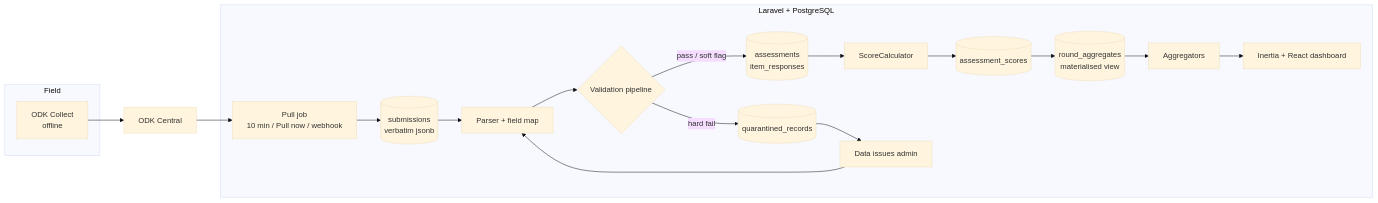
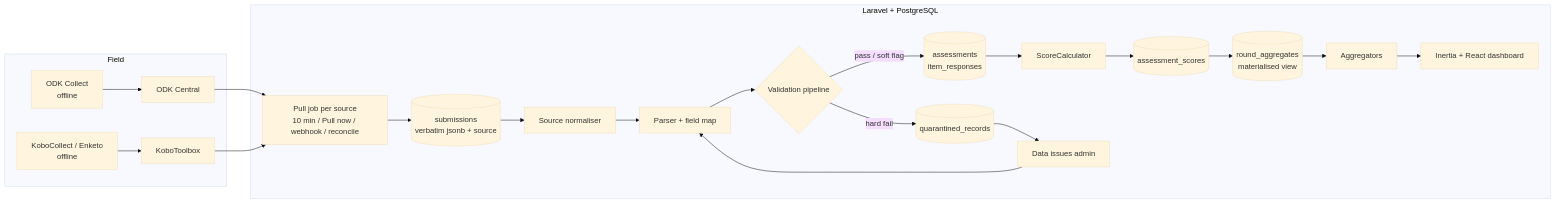
One commit to naynie41/kaduna-eDQA-dashboard changed the first of 3 diagrams in ARCHITECTURE.md. Above: the diagram before and after it, drawn with Mermaid (base theme). The commit also changed other lines of this file and 227 other files, not shown here.

````diff
--- a/ARCHITECTURE.md
+++ b/ARCHITECTURE.md
@@ -17,19 +17,20 @@
 ```mermaid
 flowchart LR
   subgraph Field
-    C[ODK Collect<br/>offline]
+    C[ODK Collect<br/>offline] --> OC[ODK Central]
+    K[KoboCollect / Enketo<br/>offline] --> KB[KoboToolbox]
   end
-  C --> OC[ODK Central]
   subgraph Portal[Laravel + PostgreSQL]
-    P[Pull job<br/>10 min / Pull now / webhook] --> S[(submissions<br/>verbatim jsonb)]
-    S --> PR[Parser + field map]
+    P[Pull job per source<br/>10 min / Pull now / webhook / reconcile] --> S[(submissions<br/>verbatim jsonb + source)]
+    S --> NZ[Source normaliser] --> PR[Parser + field map]
     PR --> V{Validation pipeline}
     V -->|hard fail| Q[(quarantined_records)]
     V -->|pass / soft flag| A[(assessments<br/>item_responses)]
     A --> SC[ScoreCalculator] --> AS[(assessment_scores)]
     AS --> MV[(round_aggregates<br/>materialised view)]
     MV --> AG[Aggregators] --> UI[Inertia + React dashboard]
     Q --> ADM[Data issues admin] --> PR
   end
   OC --> P
+  KB --> P
 ```
````
